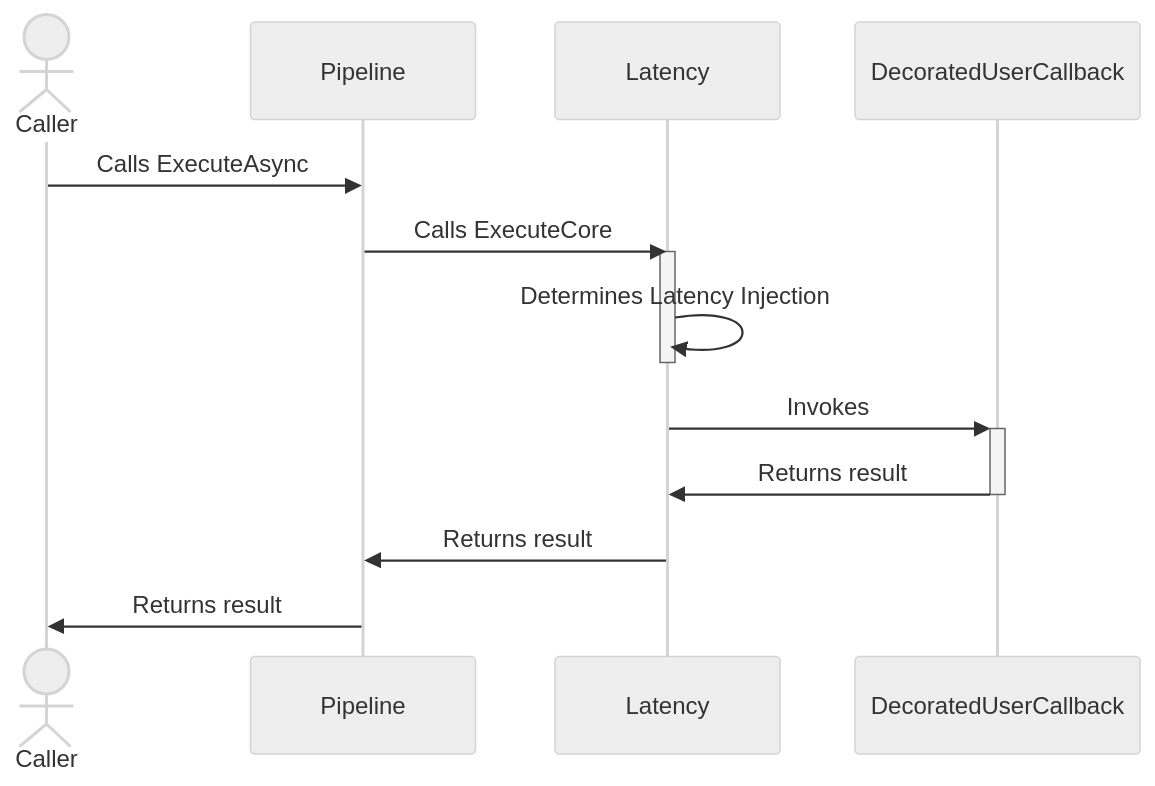
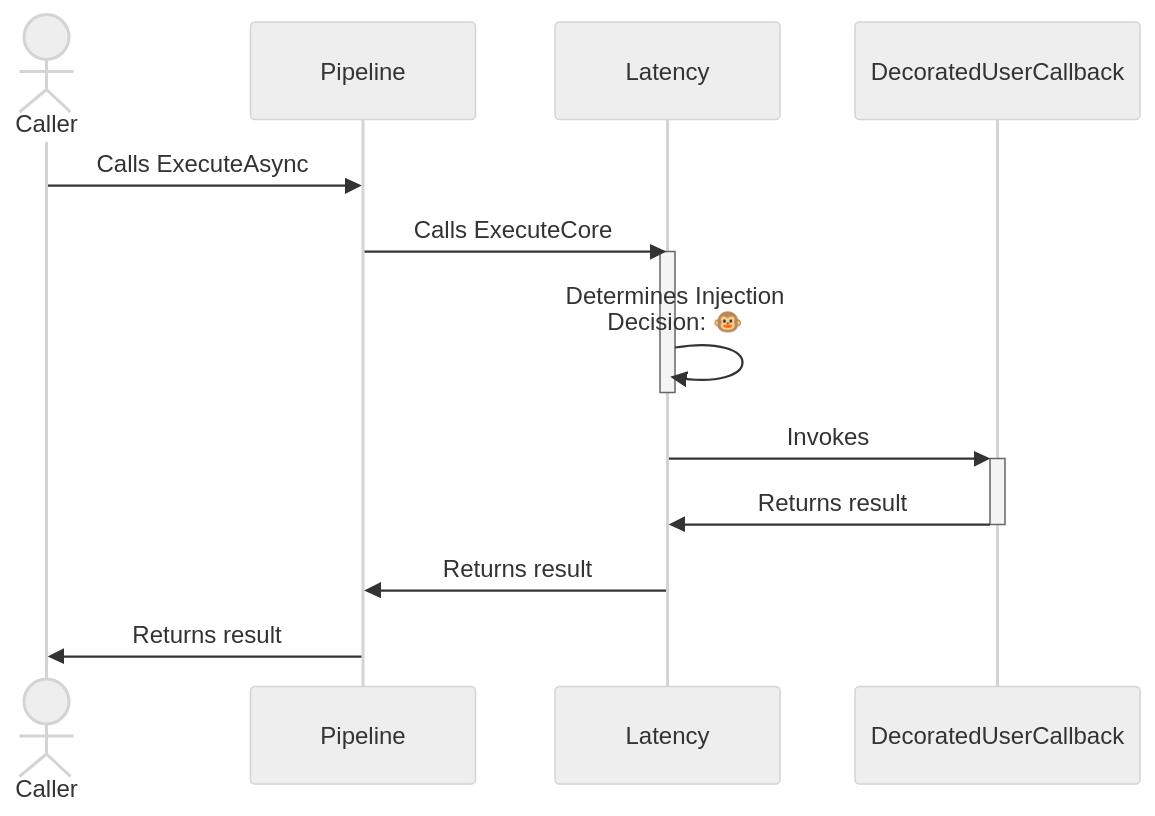
Before and after one commit to App-vNext/Polly: the first of 2 diagrams in docs/chaos/latency.md, drawn with Mermaid (neutral theme). The commit also changed other lines of this file and 3 other files, not shown here.

````diff
--- a/docs/chaos/latency.md
+++ b/docs/chaos/latency.md
@@ -105,17 +105,17 @@
 ```mermaid
 sequenceDiagram
     actor C as Caller
     participant P as Pipeline
     participant L as Latency
     participant D as DecoratedUserCallback
 
     C->>P: Calls ExecuteAsync
     P->>L: Calls ExecuteCore
     activate L
-    L->>L: Determines Latency Injection
+    L->>L: Determines Injection<br/>Decision: 🐵
     deactivate L
     L->>+D: Invokes
     D->>-L: Returns result
     L->>P: Returns result
     P->>C: Returns result
 ```
````
